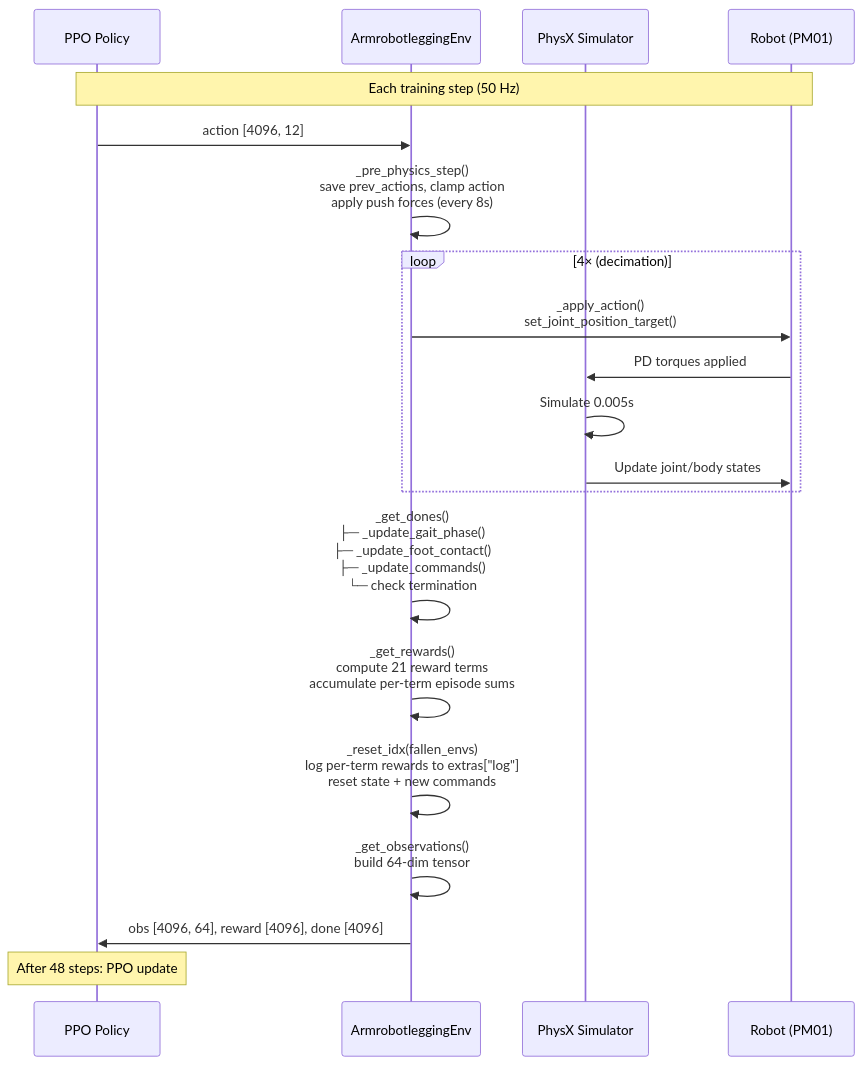
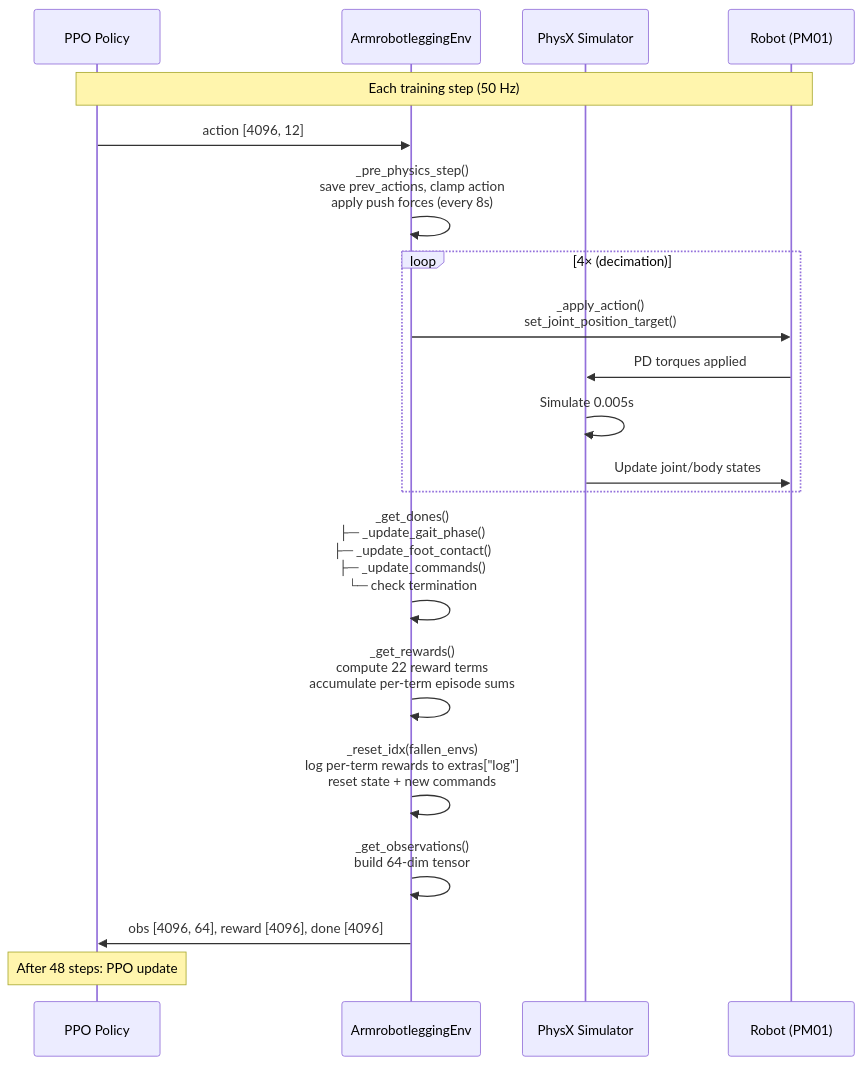
One commit to armmarov/armrobot changed the eighth of 8 diagrams in docs/TRAINING_FLOW.md. Above: the diagram before and after it, drawn with Mermaid. The commit also changed other lines of this file and 3 other files, not shown here.

````diff
--- a/docs/TRAINING_FLOW.md
+++ b/docs/TRAINING_FLOW.md
@@ -278,31 +279,31 @@
 ```mermaid
 sequenceDiagram
     participant P as PPO Policy
     participant E as ArmrobotleggingEnv
     participant S as PhysX Simulator
     participant R as Robot (PM01)
 
     Note over P,R: Each training step (50 Hz)
 
     P->>E: action [4096, 12]
     E->>E: _pre_physics_step()<br/>save prev_actions, clamp action<br/>apply push forces (every 8s)
 
     loop 4× (decimation)
         E->>R: _apply_action()<br/>set_joint_position_target()
         R->>S: PD torques applied
         S->>S: Simulate 0.005s
         S->>R: Update joint/body states
     end
 
     E->>E: _get_dones()<br/>├─ _update_gait_phase()<br/>├─ _update_foot_contact()<br/>├─ _update_commands()<br/>└─ check termination
 
-    E->>E: _get_rewards()<br/>compute 21 reward terms<br/>accumulate per-term episode sums
+    E->>E: _get_rewards()<br/>compute 22 reward terms<br/>accumulate per-term episode sums
 
     E->>E: _reset_idx(fallen_envs)<br/>log per-term rewards to extras["log"]<br/>reset state + new commands
 
     E->>E: _get_observations()<br/>build 64-dim tensor
 
     E->>P: obs [4096, 64], reward [4096], done [4096]
 
     Note over P: After 48 steps: PPO update
 ```
````
